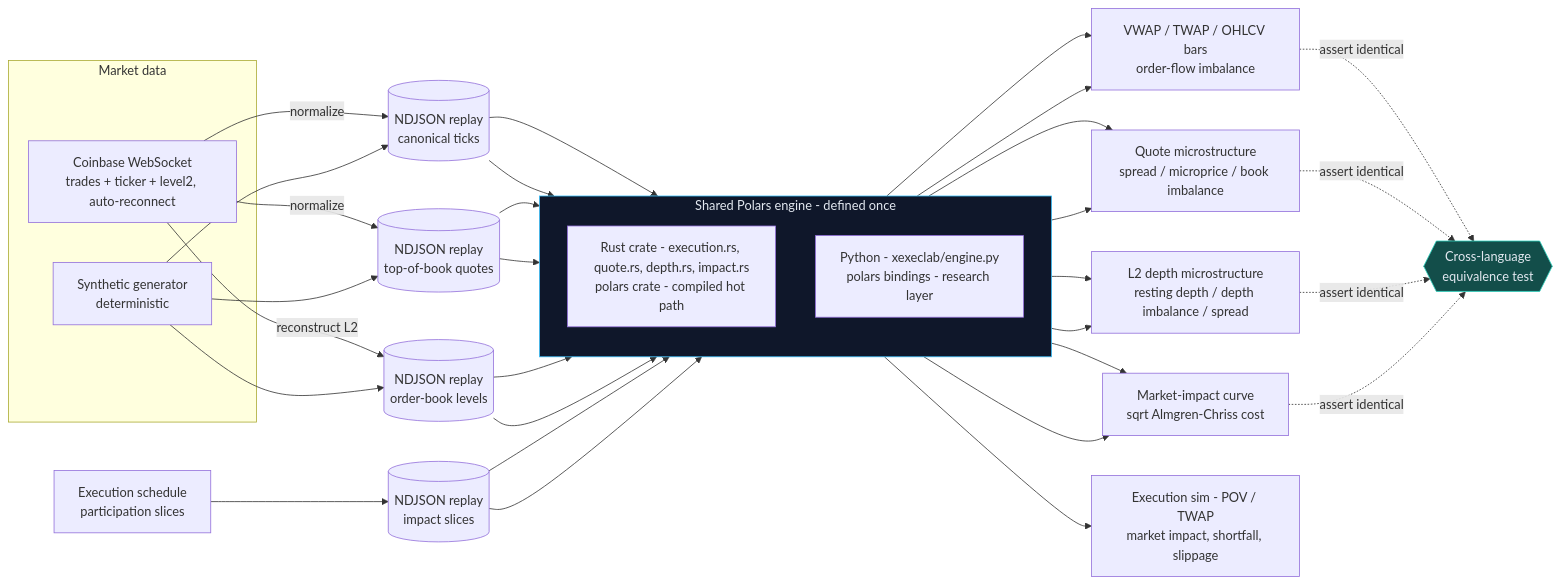
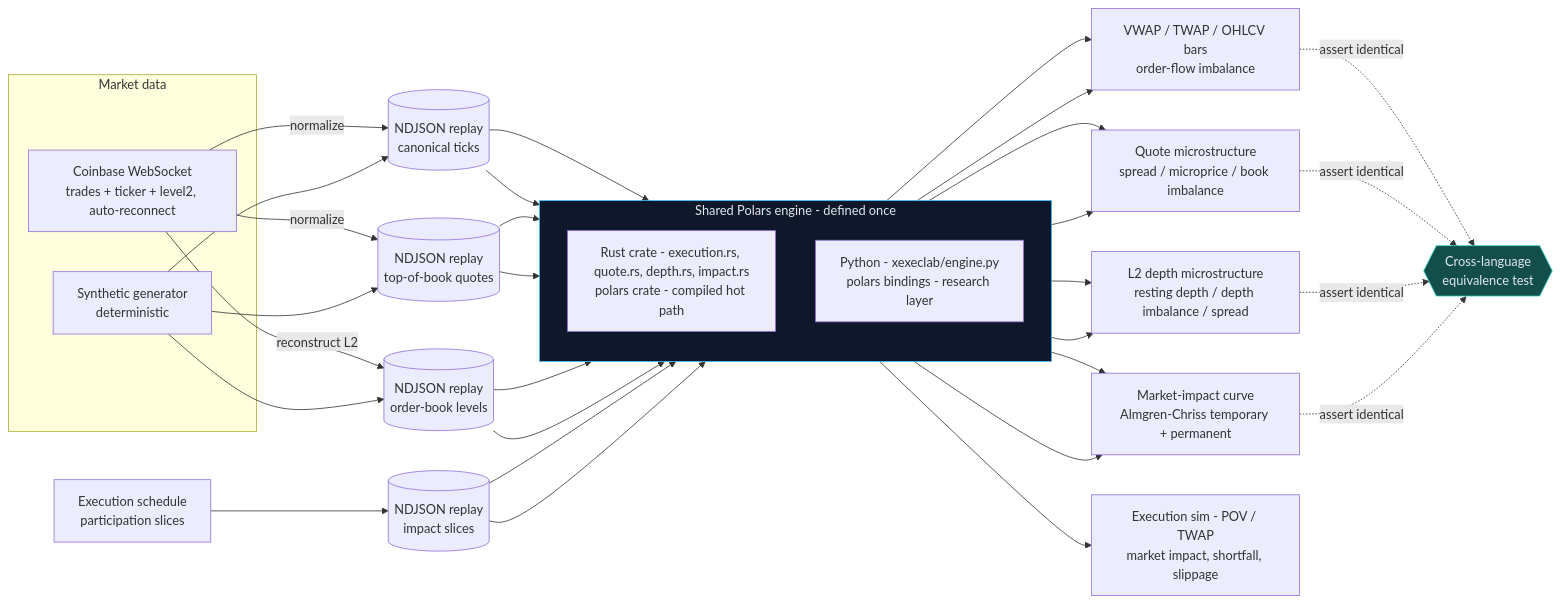
One commit to ghoshp83/polars-execution-lab changed the diagram in README.md. Above: the diagram before and after it, drawn with Mermaid. The commit also changed other lines of this file and 5 other files, not shown here.

First line of the commit message:
docs: release v0.6.0 (permanent-impact term, full Almgren-Chriss cost)

````diff
--- a/README.md
+++ b/README.md
@@ -27,47 +27,47 @@
 ```mermaid
 flowchart LR
     subgraph ingest[Market data]
         CB[Coinbase WebSocket<br/>trades + ticker + level2, auto-reconnect]
         SYN[Synthetic generator<br/>deterministic]
     end
     CB -->|normalize| RP[(NDJSON replay<br/>canonical ticks)]
     CB -->|normalize| QRP[(NDJSON replay<br/>top-of-book quotes)]
     CB -->|reconstruct L2| BRP[(NDJSON replay<br/>order-book levels)]
     SCHED[Execution schedule<br/>participation slices] --> IRP[(NDJSON replay<br/>impact slices)]
     SYN --> RP
     SYN --> QRP
     SYN --> BRP
 
     subgraph engine[Shared Polars engine - defined once]
         direction TB
         RUST["Rust crate - execution.rs, quote.rs, depth.rs, impact.rs<br/>polars crate - compiled hot path"]
         PY["Python - xexeclab/engine.py<br/>polars bindings - research layer"]
     end
 
     RP --> RUST
     RP --> PY
     QRP --> RUST
     QRP --> PY
     BRP --> RUST
     BRP --> PY
     IRP --> RUST
     IRP --> PY
 
     RUST --> BENCH[VWAP / TWAP / OHLCV bars<br/>order-flow imbalance]
     PY --> BENCH
     RUST --> BOOK[Quote microstructure<br/>spread / microprice / book imbalance]
     PY --> BOOK
     RUST --> DEPTH[L2 depth microstructure<br/>resting depth / depth imbalance / spread]
     PY --> DEPTH
-    RUST --> IMPACT[Market-impact curve<br/>sqrt Almgren-Chriss cost]
+    RUST --> IMPACT[Market-impact curve<br/>Almgren-Chriss temporary + permanent]
     PY --> IMPACT
     PY --> FILLS["Execution sim - POV / TWAP<br/>market impact, shortfall, slippage"]
 
     BENCH -.->|assert identical| EQ{{Cross-language<br/>equivalence test}}
     BOOK -.->|assert identical| EQ
     DEPTH -.->|assert identical| EQ
     IMPACT -.->|assert identical| EQ
 
     style engine fill:#0f172a,stroke:#38bdf8,color:#e2e8f0
     style EQ fill:#134e4a,stroke:#2dd4bf,color:#e2e8f0
 ```
````
